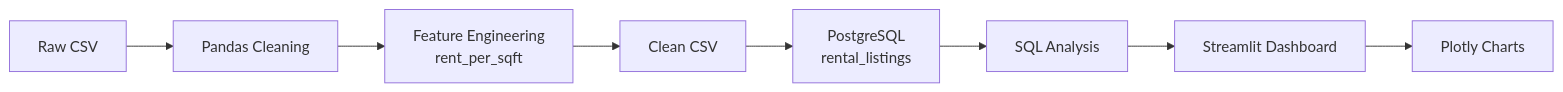
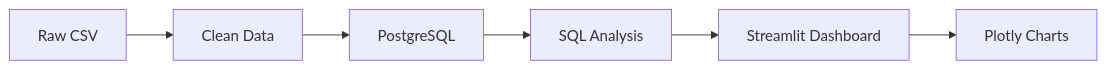
The diagram in README.md (kritii10/RentScope), drawn with Mermaid before and after one commit.

Commit message:
Simplify README architecture diagram

````diff
--- a/README.md
+++ b/README.md
@@ -52,10 +52,8 @@
 ```mermaid
 flowchart LR
-    A["Raw CSV"] --> B["Pandas Cleaning"]
-    B --> C["Feature Engineering<br/>rent_per_sqft"]
-    C --> D["Clean CSV"]
-    D --> E["PostgreSQL<br/>rental_listings"]
-    E --> F["SQL Analysis"]
-    F --> G["Streamlit Dashboard"]
-    G --> H["Plotly Charts"]
+    A["Raw CSV"] --> B["Clean Data"]
+    B --> C["PostgreSQL"]
+    C --> D["SQL Analysis"]
+    D --> E["Streamlit Dashboard"]
+    E --> F["Plotly Charts"]
 ```
````
